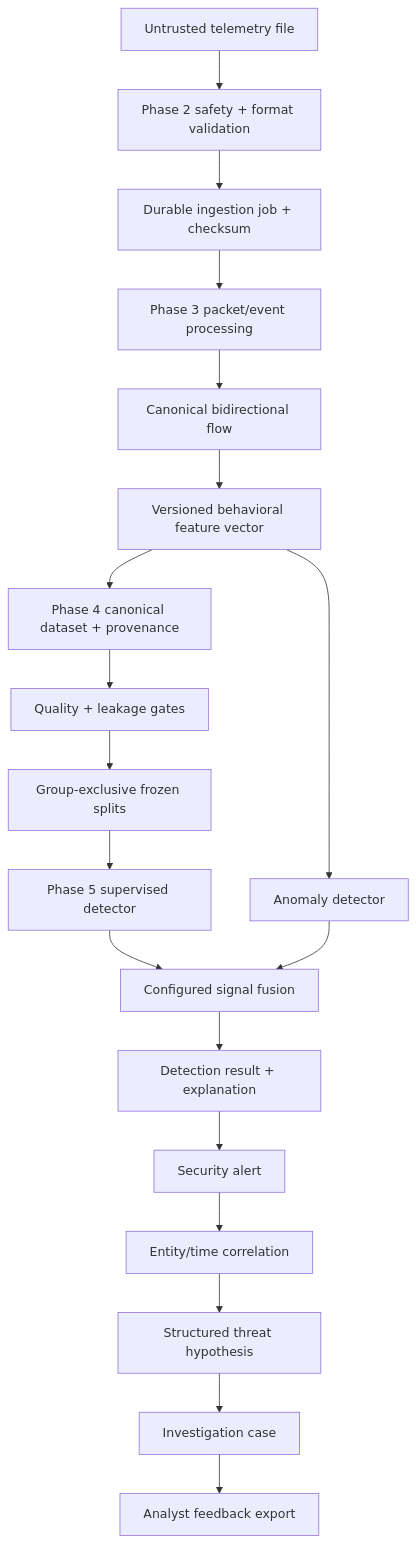
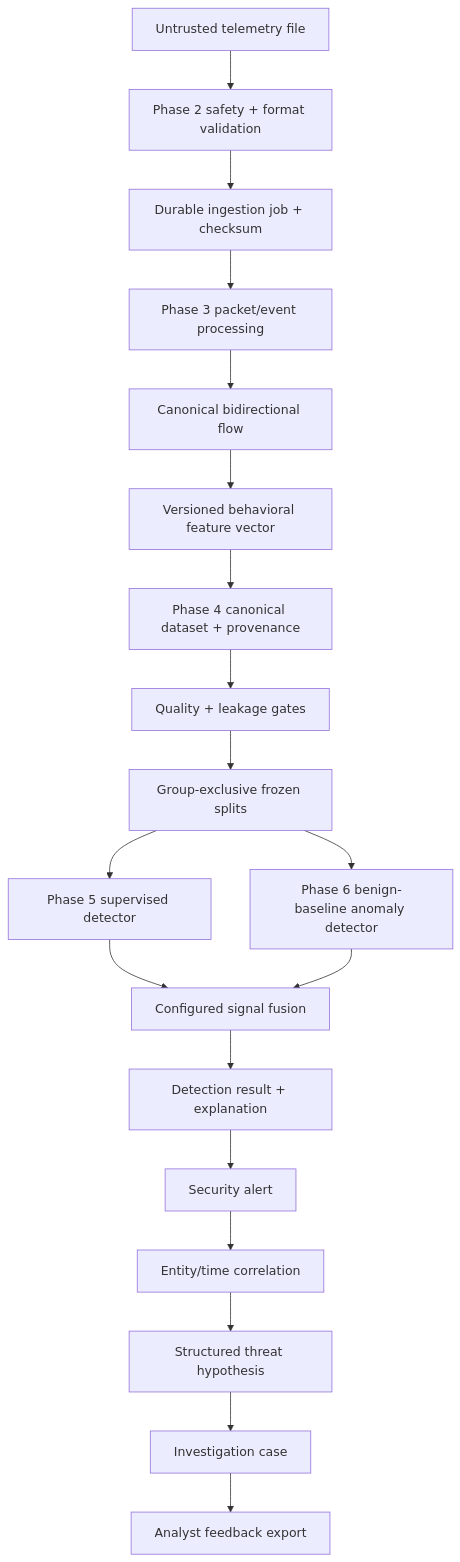
Before and after one commit to SaXingrui-UM/aegishunt: the second of 4 diagrams in docs/architecture.md, drawn with Mermaid. The commit also changed other lines of this file and 57 other files, not shown here.

First line of the commit message:
[Phase 06] Unsupervised anomaly detection engine (#18)

````diff
--- a/docs/architecture.md
+++ b/docs/architecture.md
@@ -58,21 +61,21 @@
 ```mermaid
 flowchart TD
     Input["Untrusted telemetry file"] --> Boundary["Phase 2 safety + format validation"]
     Boundary --> Job["Durable ingestion job + checksum"]
     Job --> Packet["Phase 3 packet/event processing"]
     Packet --> Flow["Canonical bidirectional flow"]
     Flow --> Feature["Versioned behavioral feature vector"]
     Feature --> Dataset["Phase 4 canonical dataset + provenance"]
     Dataset --> Quality["Quality + leakage gates"]
     Quality --> Split["Group-exclusive frozen splits"]
     Split --> Supervised["Phase 5 supervised detector"]
-    Feature --> Anomaly["Anomaly detector"]
+    Split --> Anomaly["Phase 6 benign-baseline anomaly detector"]
     Supervised --> Fusion["Configured signal fusion"]
     Anomaly --> Fusion
     Fusion --> Detection["Detection result + explanation"]
     Detection --> Alert["Security alert"]
     Alert --> Correlation["Entity/time correlation"]
     Correlation --> Hypothesis["Structured threat hypothesis"]
     Hypothesis --> Case["Investigation case"]
     Case --> Feedback["Analyst feedback export"]
 ```
````
